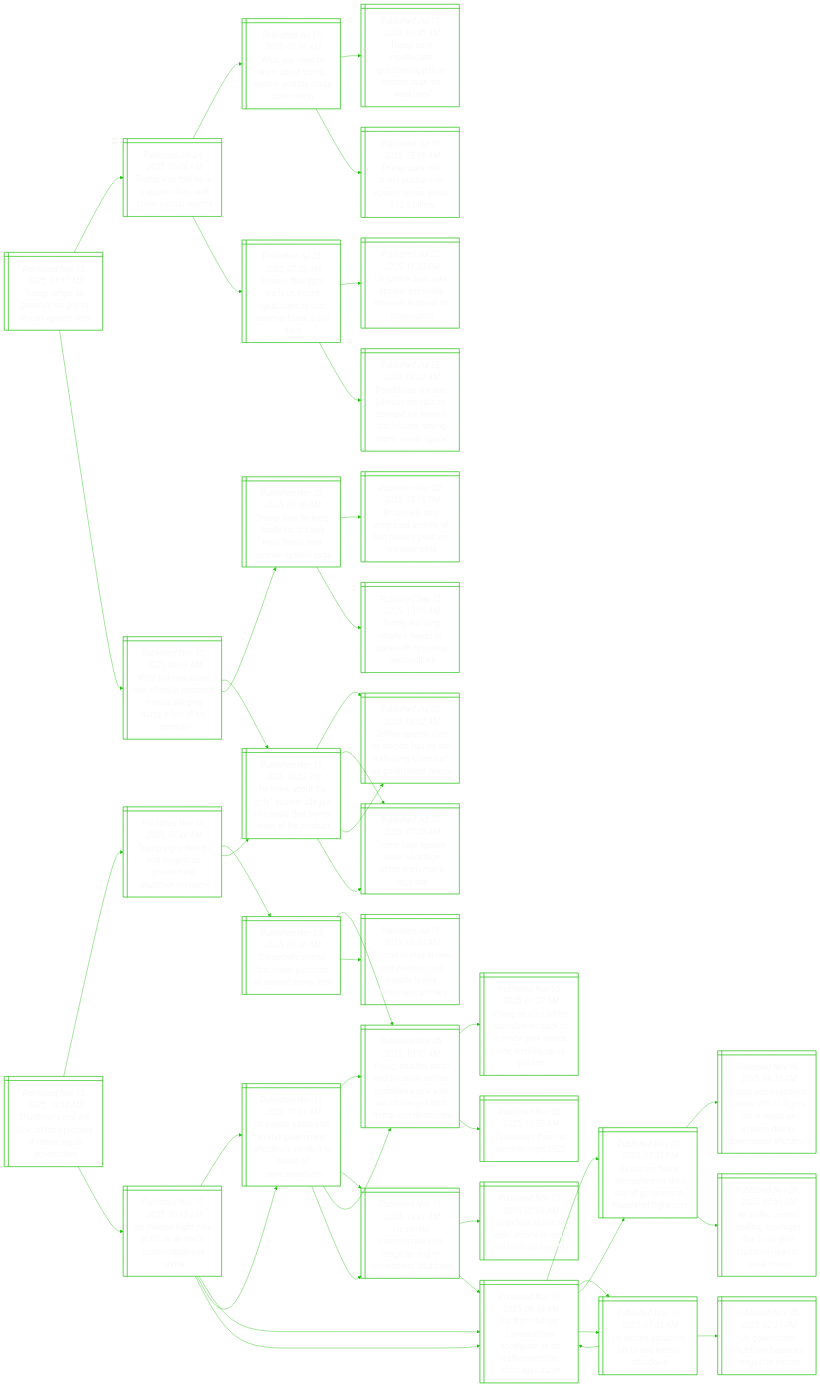
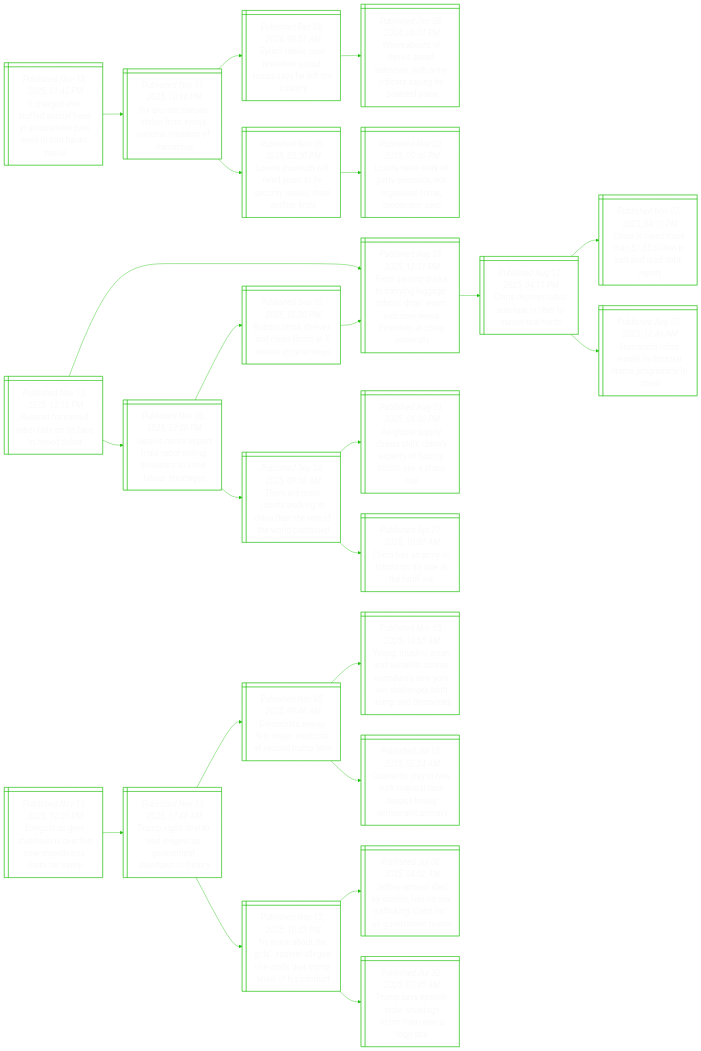
One commit to notJmes/notJmes changed the diagram in README.md. Above: the diagram before and after it, drawn with Mermaid. The commit also changed other lines of this file, not shown here.

````diff
--- a/README.md
+++ b/README.md
@@ -16,54 +16,61 @@
 flowchart LR
 classDef txtsize font-size:20px;
 
-Trusotasv@{ shape: win-pane, label: "_Published Nov 13, 2025, 11:55 AM_
-Trump ramps up pressure on gop to thwart epstein vote" }
-TwlssfWtJao@{ shape: win-pane, label: "_Published Jul 24, 2025, 06:08 AM_
-Trump was told he is in epstein files, wall street journal reports" }
-WodoumtnMov@{ shape: win-pane, label: "_Published Jul 19, 2025, 06:16 AM_
-What you need to know about trump, epstein and the maga controversy" }
-Tseiqigrscrks@{ shape: win-pane, label: "_Published Jul 17, 2025, 03:35 AM_
-Trump says republicans questioning jeffrey epstein case are ‘weaklings’" }
-TsarolEioel@{ shape: win-pane, label: "_Published Jul 19, 2025, 05:39 AM_
-Trump sues wall street journal over epstein report, seeks $12.8 billion" }
-Eiehdoeitrmeal@{ shape: win-pane, label: "_Published Jul 23, 2025, 07:08 AM_
-Epstein files fight leads us house republicans to start summer break a day early" }
-Utektsaxtaru@{ shape: win-pane, label: "_Published Jul 22, 2025, 11:45 PM_
-Us justice dept asks epstein associate maxwell to speak to prosecutors" }
-RlSenetefsdosnmdc@{ shape: win-pane, label: "_Published Jul 22, 2025, 08:20 AM_
-Republican speaker johnson retreats on demand for epstein disclosures, saying trump needs ‘space’" }
-Woasfremaiueid@{ shape: win-pane, label: "_Published Nov 13, 2025, 06:03 AM_
-What to know about sex offender epstein’s e-mails alleging trump knew of his conduct" }
-HwtipngesTkfot@{ shape: win-pane, label: "_Published Nov 12, 2025, 10:53 PM_
-‘he knew about the girls’: epstein alleged in e-mails that trump knew of his conduct" }
-Jetisdntigntvem@{ shape: win-pane, label: "_Published Jul 08, 2025, 04:02 AM_
-Jeffrey epstein died by suicide, has no sex trafficking ‘client list’: us government memo" }
-Tspnerifag@{ shape: win-pane, label: "_Published Jul 30, 2025, 07:45 AM_
-Trump says epstein ‘stole’ underage victim from mar-a-lago spa" }
-Tsesyrnaierss@{ shape: win-pane, label: "_Published Nov 03, 2025, 09:00 AM_
-Trump says he feels ‘badly’ for britain’s royal family over andrew-epstein saga" }
-BilprAwsipinr@{ shape: win-pane, label: "_Published Nov 02, 2025, 08:16 PM_
-Britain will strip disgraced andrew of last military position, minister says" }
-Tanrefeoirls@{ shape: win-pane, label: "_Published Sep 15, 2025, 10:20 AM_
-Trump and king charles: heads of state with opposing personalities" }
+cerfietepeTnv@{ shape: win-pane, label: "_Published Nov 13, 2025, 01:45 PM_
+3 charged over stuffed animal heist at amusement park seen in tom hanks movie" }
+Scseloitluau@{ shape: win-pane, label: "_Published Nov 11, 2025, 10:16 PM_
+Six ancient statues stolen from syria’s national museum of damascus" }
+SnltiARahtoy@{ shape: win-pane, label: "_Published Dec 08, 2024, 08:51 AM_
+Syrian rebels oust president assad; russia says he left the country" }
+Wasrsnnafriben@{ shape: win-pane, label: "_Published Dec 08, 2024, 06:07 PM_
+Whereabouts of syria's assad unknown, with army officers saying he boarded plane" }
+Leulytsisturs@{ shape: win-pane, label: "_Published Nov 06, 2025, 05:30 PM_
+Louvre museum will need years to fix security issues, state auditor finds" }
+Letotmsrsioty@{ shape: win-pane, label: "_Published Nov 02, 2025, 09:46 PM_
+Louvre heist work of petty criminals, not organised crime, prosecutor says" }
 
-Trusotasv:::txtsize --> TwlssfWtJao:::txtsize
-TwlssfWtJao:::txtsize --> WodoumtnMov:::txtsize
-WodoumtnMov:::txtsize --> Tseiqigrscrks:::txtsize
-WodoumtnMov:::txtsize --> TsarolEioel:::txtsize
-TwlssfWtJao:::txtsize --> Eiehdoeitrmeal:::txtsize
-Eiehdoeitrmeal:::txtsize --> Utektsaxtaru:::txtsize
-Eiehdoeitrmeal:::txtsize --> RlSenetefsdosnmdc:::txtsize
-Trusotasv:::txtsize --> Woasfremaiueid:::txtsize
-Woasfremaiueid:::txtsize --> HwtipngesTkfot:::txtsize
-HwtipngesTkfot:::txtsize --> Jetisdntigntvem:::txtsize
-HwtipngesTkfot:::txtsize --> Tspnerifag:::txtsize
-Woasfremaiueid:::txtsize --> Tsesyrnaierss:::txtsize
-Tsesyrnaierss:::txtsize --> BilprAwsipinr:::txtsize
-Tsesyrnaierss:::txtsize --> Tanrefeoirls:::txtsize
+cerfietepeTnv:::txtsize --> Scseloitluau:::txtsize
+Scseloitluau:::txtsize --> SnltiARahtoy:::txtsize
+SnltiARahtoy:::txtsize --> Wasrsnnafriben:::txtsize
+Scseloitluau:::txtsize --> Leulytsisturs:::txtsize
+Leulytsisturs:::txtsize --> Letotmsrsioty:::txtsize
 
-SonloncfoUen@{ shape: win-pane, label: "_Published Nov 13, 2025, 10:53 AM_
-Shutdown’s end will kick off long process of rebooting us government" }
+Raarfofndt@{ shape: win-pane, label: "_Published Nov 13, 2025, 12:13 PM_
+Russian humanoid robot falls on its face in hyped debut" }
+FegkangocweefmCur@{ shape: win-pane, label: "_Published Aug 29, 2025, 12:31 PM_
+From serving drinks to carrying luggage: robotic dogs’ warm welcome wows freshmen at china university" }
+Cdyoeieulh@{ shape: win-pane, label: "_Published Aug 12, 2025, 04:11 PM_
+China deploys robot antelope in tibet to surveil real herds" }
+Cidtroedde@{ shape: win-pane, label: "_Published Nov 07, 2023, 04:10 PM_
+China is owed more than $1.35 trillion in belt and road debt: report" }
+Hobritdpana@{ shape: win-pane, label: "_Published Aug 07, 2025, 10:46 AM_
+Humanoid robot enrolls in doctoral drama programme in china" }
+Jstprrsnvslbhg@{ shape: win-pane, label: "_Published Nov 06, 2025, 02:00 PM_
+Japan’s narita airport trials robot selling souvenirs to solve labour shortages" }
+Rskvdnrlsiy@{ shape: win-pane, label: "_Published Sep 10, 2025, 01:30 PM_
+Robots stock shelves and clean floors at 7-eleven store in tokyo" }
+FegkangocweefmCur@{ shape: win-pane, label: "_Published Aug 29, 2025, 12:31 PM_
+From serving drinks to carrying luggage: robotic dogs’ warm welcome wows freshmen at china university" }
+Tarorinnetrmd@{ shape: win-pane, label: "_Published Sep 26, 2025, 09:08 AM_
+There are more robots working in china than the rest of the world combined" }
+AbphsCsrfroere@{ shape: win-pane, label: "_Published Aug 10, 2025, 04:30 PM_
+As global supply chains shift, china’s exports of factory robots see a sharp rise" }
+Chaftteef@{ shape: win-pane, label: "_Published Apr 27, 2025, 10:00 AM_
+China has an army of robots on its side in the tariff war" }
+
+Raarfofndt:::txtsize --> FegkangocweefmCur:::txtsize
+FegkangocweefmCur:::txtsize --> Cdyoeieulh:::txtsize
+Cdyoeieulh:::txtsize --> Cidtroedde:::txtsize
+Cdyoeieulh:::txtsize --> Hobritdpana:::txtsize
+Raarfofndt:::txtsize --> Jstprrsnvslbhg:::txtsize
+Jstprrsnvslbhg:::txtsize --> Rskvdnrlsiy:::txtsize
+Rskvdnrlsiy:::txtsize --> FegkangocweefmCur:::txtsize
+Jstprrsnvslbhg:::txtsize --> Tarorinnetrmd:::txtsize
+Tarorinnetrmd:::txtsize --> AbphsCsrfroere:::txtsize
+Tarorinnetrmd:::txtsize --> Chaftteef:::txtsize
+
+Lsounenonmr@{ shape: win-pane, label: "_Published Nov 13, 2025, 12:01 PM_
+Longest us govt shutdown is over but new showdowns loom for trump" }
 Tsdootveuns@{ shape: win-pane, label: "_Published Nov 13, 2025, 07:48 AM_
 Trump signs deal to end longest us government shutdown in history" }
 Drwialosdp@{ shape: win-pane, label: "_Published Nov 05, 2025, 09:46 AM_
@@ -78,80 +85,13 @@
 Jeffrey epstein died by suicide, has no sex trafficking ‘client list’: us government memo" }
 Tspnerifag@{ shape: win-pane, label: "_Published Jul 30, 2025, 07:45 AM_
 Trump says epstein ‘stole’ underage victim from mar-a-lago spa" }
-Uelctrfnacr@{ shape: win-pane, label: "_Published Nov 13, 2025, 10:15 AM_
-Us freezes flight cuts at 6% as air traffic control absences shrink" }
-UasieveunsHorte@{ shape: win-pane, label: "_Published Nov 11, 2025, 11:01 AM_
-Us senate passes bill to end government shutdown, sends it to house of representatives" }
-YMmnoihaiYilehpea@{ shape: win-pane, label: "_Published Nov 05, 2025, 10:55 AM_
-Young, muslim, asian and socialist: zohran mamdani’s new york win challenges both trump and democrats" }
-Uamitgegnso@{ shape: win-pane, label: "_Published Nov 11, 2025, 12:21 AM_
-Us senate compromise sets stage for end to government shutdown" }
-Uglalnetifolhgr@{ shape: win-pane, label: "_Published Nov 10, 2025, 06:48 AM_
-Us flight delays, cancellations accelerate as air traffic controller shortages surge" }
-Ulbtefiyvendhs@{ shape: win-pane, label: "_Published Nov 09, 2025, 07:33 PM_
-Us airlines brace themselves for third day of government-mandated flight cuts" }
-Uavstfat@{ shape: win-pane, label: "_Published Nov 10, 2025, 07:45 AM_
-Us senate advances bill to end federal shutdown" }
 
-SonloncfoUen:::txtsize --> Tsdootveuns:::txtsize
+Lsounenonmr:::txtsize --> Tsdootveuns:::txtsize
 Tsdootveuns:::txtsize --> Drwialosdp:::txtsize
 Drwialosdp:::txtsize --> YMmnoihaiYilehpea:::txtsize
 Drwialosdp:::txtsize --> Ctywmaeiseary:::txtsize
 Tsdootveuns:::txtsize --> HwtipngesTkfot:::txtsize
 HwtipngesTkfot:::txtsize --> Jetisdntigntvem:::txtsize
 HwtipngesTkfot:::txtsize --> Tspnerifag:::txtsize
-SonloncfoUen:::txtsize --> Uelctrfnacr:::txtsize
-Uelctrfnacr:::txtsize --> UasieveunsHorte:::txtsize
-UasieveunsHorte:::txtsize --> YMmnoihaiYilehpea:::txtsize
-UasieveunsHorte:::txtsize --> Uamitgegnso:::txtsize
-Uelctrfnacr:::txtsize --> Uglalnetifolhgr:::txtsize
-Uglalnetifolhgr:::txtsize --> Ulbtefiyvendhs:::txtsize
-Uglalnetifolhgr:::txtsize --> Uavstfat:::txtsize
-
-Uelctrfnacr@{ shape: win-pane, label: "_Published Nov 13, 2025, 10:15 AM_
-Us freezes flight cuts at 6% as air traffic control absences shrink" }
-UasieveunsHorte@{ shape: win-pane, label: "_Published Nov 11, 2025, 11:01 AM_
-Us senate passes bill to end government shutdown, sends it to house of representatives" }
-YMmnoihaiYilehpea@{ shape: win-pane, label: "_Published Nov 05, 2025, 10:55 AM_
-Young, muslim, asian and socialist: zohran mamdani’s new york win challenges both trump and democrats" }
-YMmimociYaoauoc@{ shape: win-pane, label: "_Published Nov 05, 2025, 01:27 AM_
-Young muslim leftist mamdani on track to win new york mayor vote, shaking up us politics" }
-Twreig@{ shape: win-pane, label: "_Published Nov 05, 2025, 10:50 AM_
-Takeaways from us election night 2025" }
-Uamitgegnso@{ shape: win-pane, label: "_Published Nov 11, 2025, 12:21 AM_
-Us senate compromise sets stage for end to government shutdown" }
-Uettorifodf@{ shape: win-pane, label: "_Published Nov 10, 2025, 02:09 AM_
-Usda tells states to ‘undo’ efforts to issue full food aid benefits" }
-Uglalnetifolhgr@{ shape: win-pane, label: "_Published Nov 10, 2025, 06:48 AM_
-Us flight delays, cancellations accelerate as air traffic controller shortages surge" }
-Uglalnetifolhgr@{ shape: win-pane, label: "_Published Nov 10, 2025, 06:48 AM_
-Us flight delays, cancellations accelerate as air traffic controller shortages surge" }
-Ulbtefiyvendhs@{ shape: win-pane, label: "_Published Nov 09, 2025, 07:33 PM_
-Us airlines brace themselves for third day of government-mandated flight cuts" }
-TaitroguaSouomhw@{ shape: win-pane, label: "_Published Nov 06, 2025, 06:35 AM_
-Trump administration orders 10% of flights cut at major us airports due to government shutdown" }
-AacofsauSsoarc@{ shape: win-pane, label: "_Published Nov 09, 2025, 07:51 AM_
-Air traffic control staffing shortages due to us govt shutdown lead to travel chaos" }
-Uavstfat@{ shape: win-pane, label: "_Published Nov 10, 2025, 07:45 AM_
-Us senate advances bill to end federal shutdown" }
-Uentbegno@{ shape: win-pane, label: "_Published Nov 05, 2025, 02:27 PM_
-Us government shutdown becomes longest in history" }
-Uglalnetifolhgr@{ shape: win-pane, label: "_Published Nov 10, 2025, 06:48 AM_
-Us flight delays, cancellations accelerate as air traffic controller shortages surge" }
-
-Uelctrfnacr:::txtsize --> UasieveunsHorte:::txtsize
-UasieveunsHorte:::txtsize --> YMmnoihaiYilehpea:::txtsize
-YMmnoihaiYilehpea:::txtsize --> YMmimociYaoauoc:::txtsize
-YMmnoihaiYilehpea:::txtsize --> Twreig:::txtsize
-UasieveunsHorte:::txtsize --> Uamitgegnso:::txtsize
-Uamitgegnso:::txtsize --> Uettorifodf:::txtsize
-Uamitgegnso:::txtsize --> Uglalnetifolhgr:::txtsize
-Uelctrfnacr:::txtsize --> Uglalnetifolhgr:::txtsize
-Uglalnetifolhgr:::txtsize --> Ulbtefiyvendhs:::txtsize
-Ulbtefiyvendhs:::txtsize --> TaitroguaSouomhw:::txtsize
-Ulbtefiyvendhs:::txtsize --> AacofsauSsoarc:::txtsize
-Uglalnetifolhgr:::txtsize --> Uavstfat:::txtsize
-Uavstfat:::txtsize --> Uentbegno:::txtsize
-Uavstfat:::txtsize --> Uglalnetifolhgr:::txtsize
 
 ```
````
